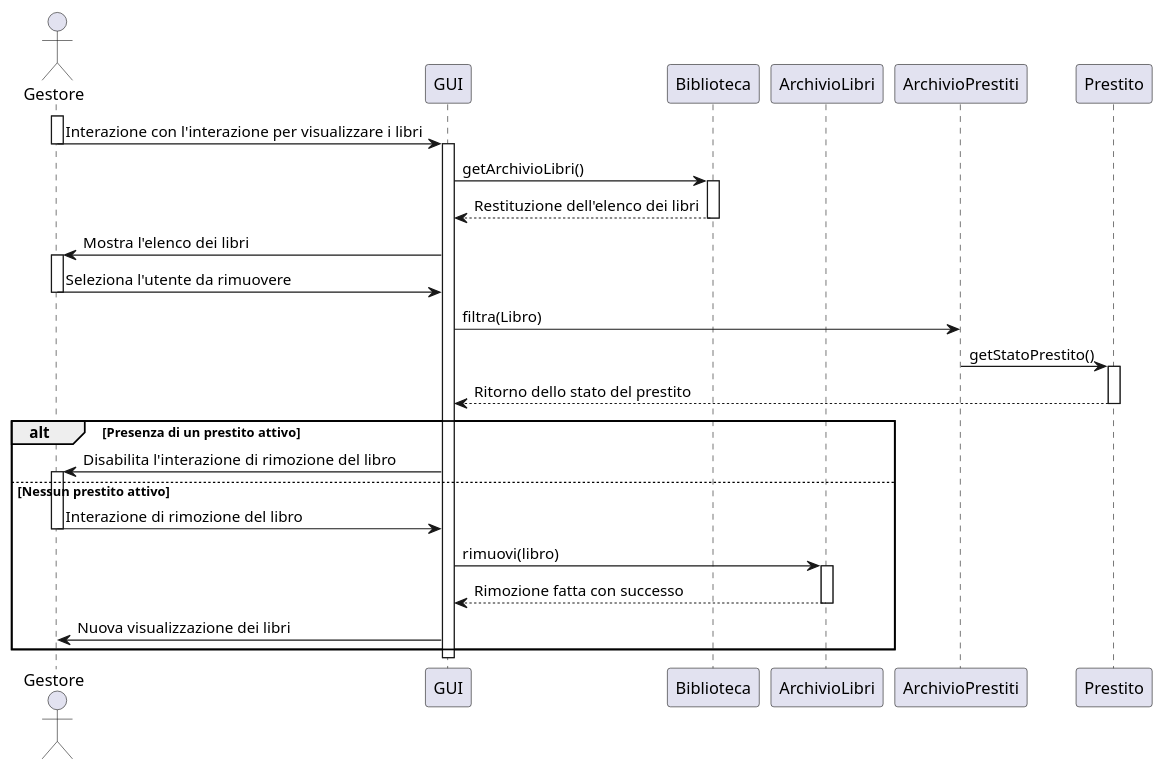
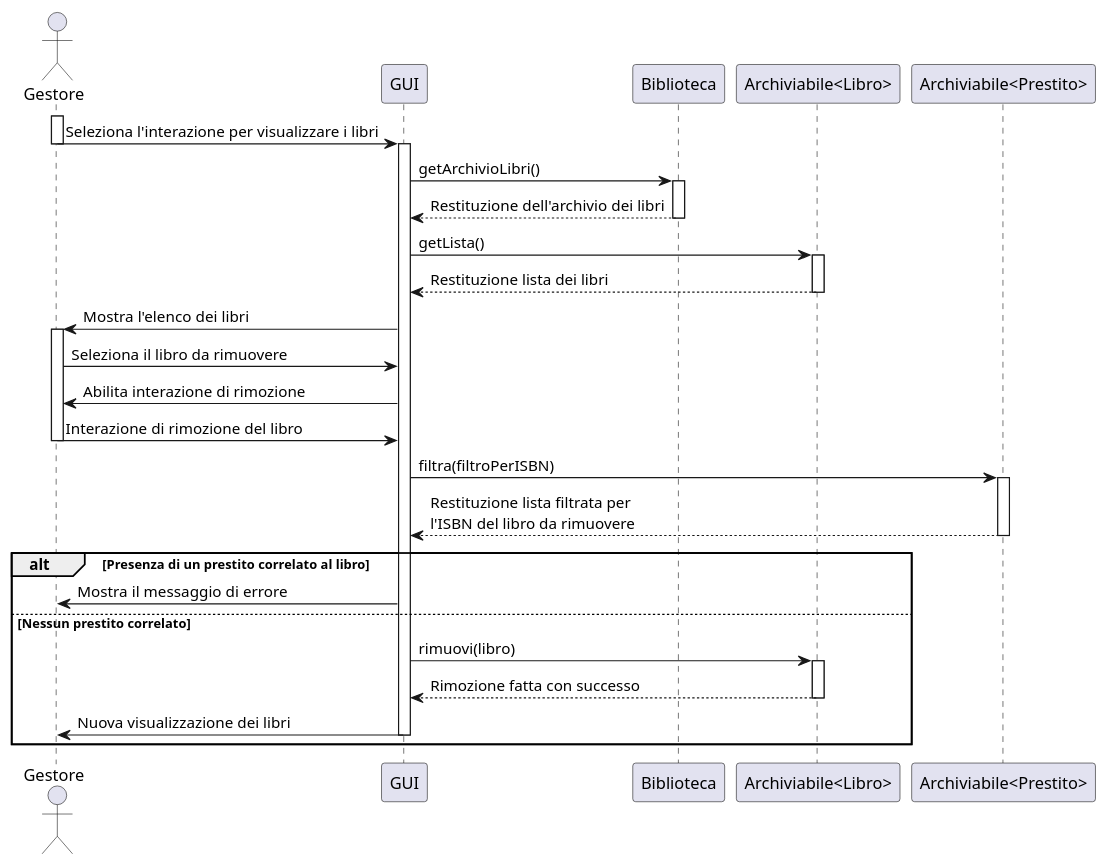
Before and after one commit to Meziu/easylibrary: the diagram in docs/uml/DiagrammiSequenza/UMLRimuoviLibro.puml, drawn with PlantUML. The commit also changed 5 other files, not shown here.

Commit message:
Migliorie ai diagrammi di sequenza

```diff
--- a/docs/uml/DiagrammiSequenza/UMLRimuoviLibro.puml
+++ b/docs/uml/DiagrammiSequenza/UMLRimuoviLibro.puml
@@ -1,50 +1,50 @@
 @startuml
 actor Gestore as G
 participant "GUI" as UI
 participant "Biblioteca" as B
-participant "ArchivioLibri" as AL
-participant "ArchivioPrestiti" as AP
-participant "Prestito" as P
+participant "Archiviabile<Libro>" as AL
+participant "Archiviabile<Prestito>" as AP
 
 ' ----- Inizio -----
 activate G
-G -> UI : Interazione con l'interazione per visualizzare i libri
+G -> UI : Seleziona l'interazione per visualizzare i libri
 deactivate G
 activate UI
 UI -> B : getArchivioLibri()
 activate B
+B --> UI : Restituzione dell'archivio dei libri
+deactivate B
 
-B --> UI : Restituzione dell'elenco dei libri
+UI -> AL : getLista()
+activate AL
+AL --> UI : Restituzione lista dei libri
+deactivate AL
+
 deactivate B
 UI -> G : Mostra l'elenco dei libri
 activate G
-G -> UI : Seleziona l'utente da rimuovere
+G -> UI : Seleziona il libro da rimuovere
+UI -> G : Abilita interazione di rimozione
+G -> UI : Interazione di rimozione del libro
 deactivate G
 
-'-- ottieni prestito --
-UI -> AP : filtra(Libro)
-AP -> P : getStatoPrestito()
-activate P
-P --> UI : Ritorno dello stato del prestito
-deactivate P
-
+'-- ottieni i prestiti corrispondenti --
+UI -> AP : filtra(filtroPerISBN)
+activate AP
+AP --> UI : Restituzione lista filtrata per \nl'ISBN del libro da rimuovere
+deactivate AP
 
 ' ---- Flusso alternativo -----
-alt Presenza di un prestito attivo
-    UI -> G : Disabilita l'interazione di rimozione del libro
+alt Presenza di un prestito correlato al libro
+    UI -> G : Mostra il messaggio di errore
 
-else Nessun prestito attivo
-    activate G
-    G -> UI : Interazione di rimozione del libro
-    deactivate G
+else Nessun prestito correlato
     UI -> AL : rimuovi(libro)
     activate AL
     AL --> UI : Rimozione fatta con successo
-    deactivate AL 
+    deactivate AL
     UI -> G : Nuova visualizzazione dei libri
-
+    deactivate UI
 end
 
-deactivate UI
-
 @enduml
```
